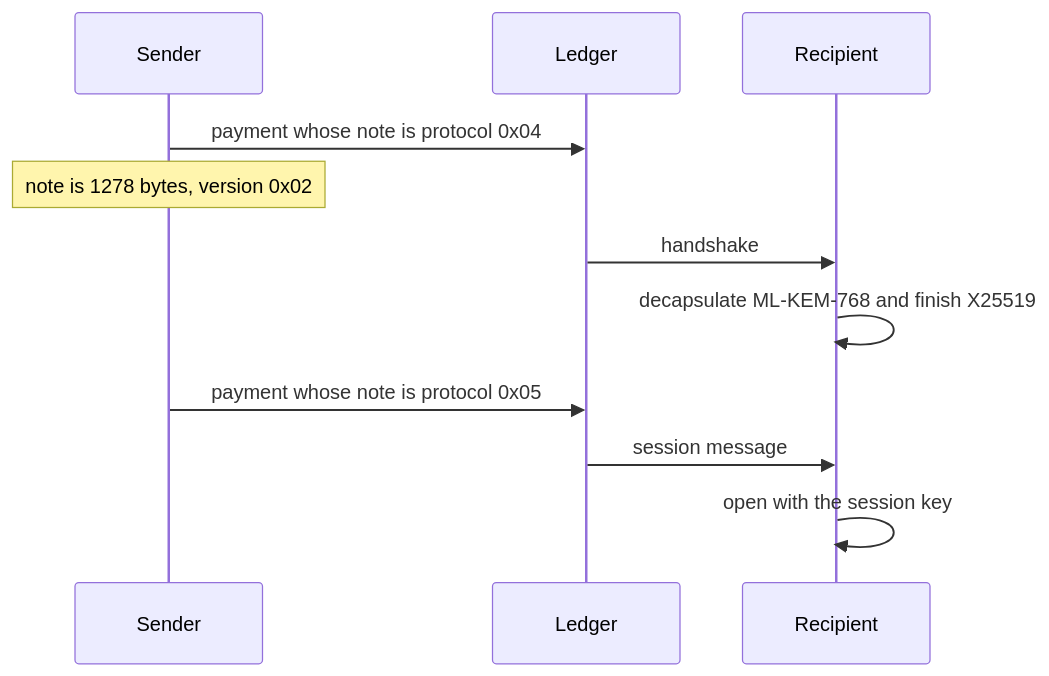
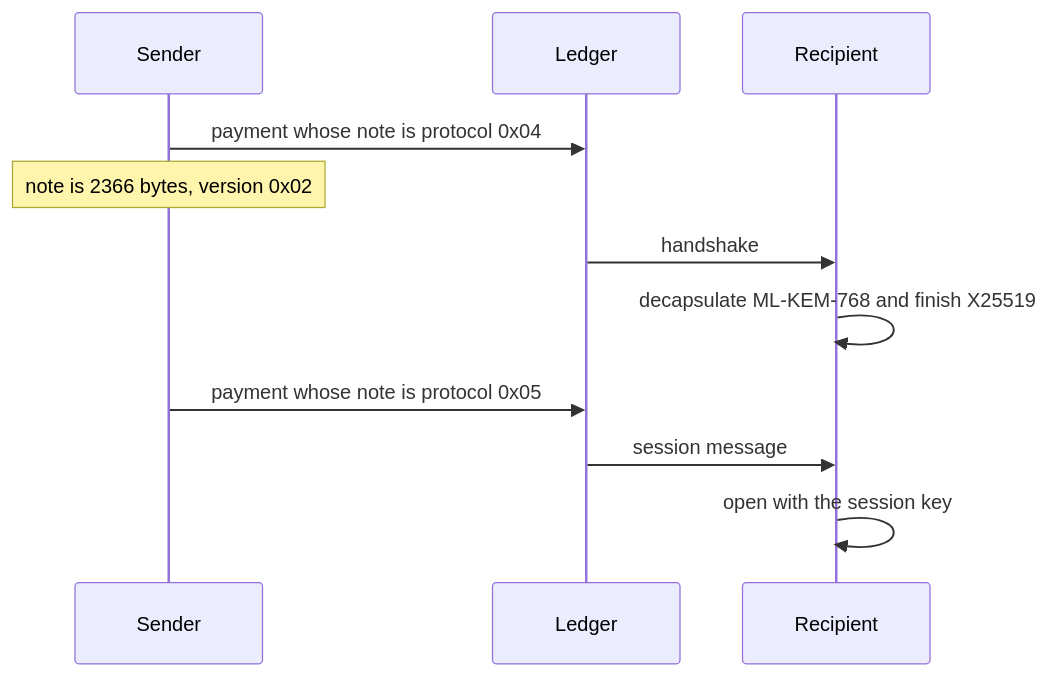
Before and after one commit to CorvidLabs/algochat: diagram 11 of 15 in docs/HLD.md, drawn with Mermaid. The commit also changed other lines of this file and 43 other files, not shown here.

````diff
--- a/docs/HLD.md
+++ b/docs/HLD.md
@@ -361,13 +361,13 @@
 ```mermaid
 sequenceDiagram
     participant S as Sender
     participant L as Ledger
     participant R as Recipient
     S->>L: payment whose note is protocol 0x04
-    Note over S: note is 1278 bytes, version 0x02
+    Note over S: note is 2366 bytes, version 0x02
     L->>R: handshake
     R->>R: decapsulate ML-KEM-768 and finish X25519
     S->>L: payment whose note is protocol 0x05
     L->>R: session message
     R->>R: open with the session key
 ```
````
